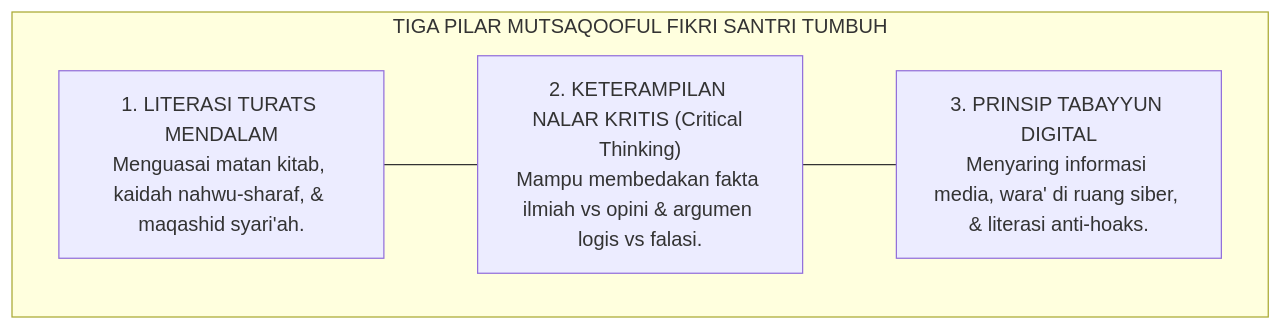
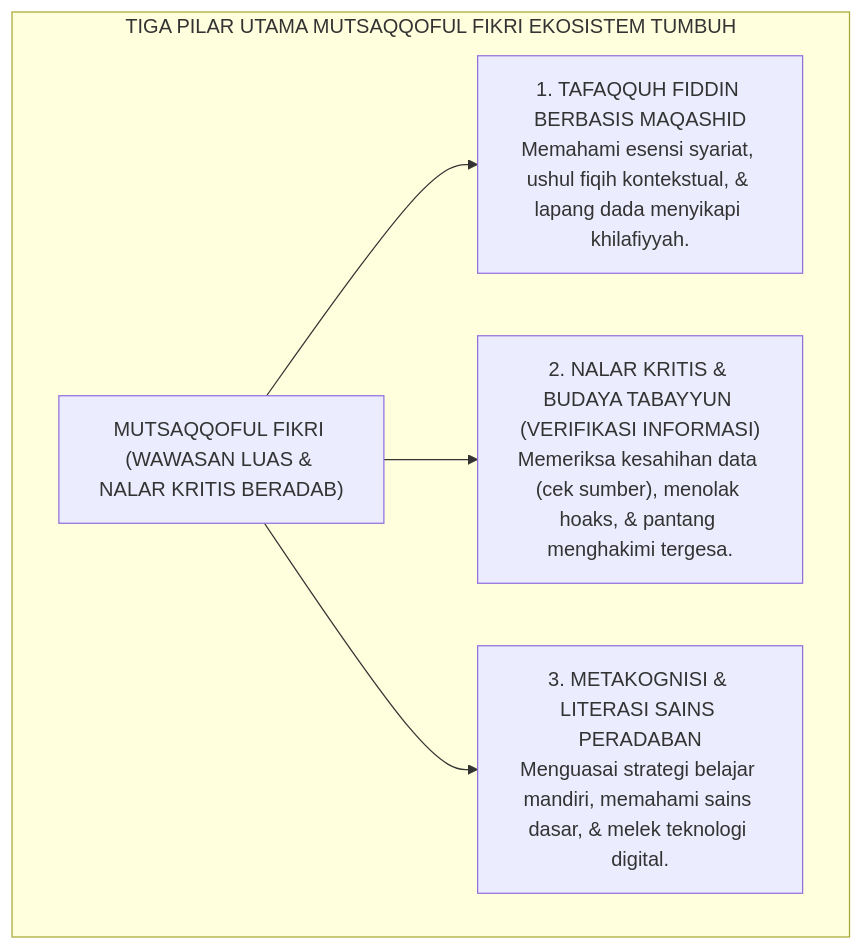
One commit to wandiapriliyandi/tumbuh changed the first of 2 diagrams in BOOK-SERIES/Volume-02/Bab-02-Profil-10-Muwashafat-Karakter-Santri/05-Mutsaqqoful-Fikri.md. Above: the diagram before and after it, drawn with Mermaid. The commit also changed other lines of this file and 18 other files, not shown here.

````diff
--- a/BOOK-SERIES/Volume-02/Bab-02-Profil-10-Muwashafat-Karakter-Santri/05-Mutsaqqoful-Fikri.md
+++ b/BOOK-SERIES/Volume-02/Bab-02-Profil-10-Muwashafat-Karakter-Santri/05-Mutsaqqoful-Fikri.md
@@ -19,12 +21,12 @@
 ```mermaid
 graph TD
-    subgraph PilarNalar["TIGA PILAR MUTSAQOOFUL FIKRI SANTRI TUMBUH"]
-        N1["1. LITERASI TURATS MENDALAM<br/>Menguasai matan kitab, kaidah nahwu-sharaf, & maqashid syari'ah."]
+    subgraph PilarNalarKritis["TIGA PILAR UTAMA MUTSAQQOFUL FIKRI EKOSISTEM TUMBUH"]
+        PorosFikir["MUTSAQQOFUL FIKRI (WAWASAN LUAS & NALAR KRITIS BERADAB)"]
         
-        N2["2. KETERAMPILAN NALAR KRITIS (Critical Thinking)<br/>Mampu membedakan fakta ilmiah vs opini & argumen logis vs falasi."]
+        PorosFikir --> P1["1. TAFAQQUH FIDDIN BERBASIS MAQASHID<br/>Memahami esensi syariat, ushul fiqih kontekstual, & lapang dada menyikapi khilafiyyah."]
         
-        N3["3. PRINSIP TABAYYUN DIGITAL<br/>Menyaring informasi media, wara' di ruang siber, & literasi anti-hoaks."]
+        PorosFikir --> P2["2. NALAR KRITIS & BUDAYA TABAYYUN (VERIFIKASI INFORMASI)<br/>Memeriksa kesahihan data (cek sumber), menolak hoaks, & pantang menghakimi tergesa."]
         
-        N1 --- N2 --- N3
+        PorosFikir --> P3["3. METAKOGNISI & LITERASI SAINS PERADABAN<br/>Menguasai strategi belajar mandiri, memahami sains dasar, & melek teknologi digital."]
     end
 ```
````
